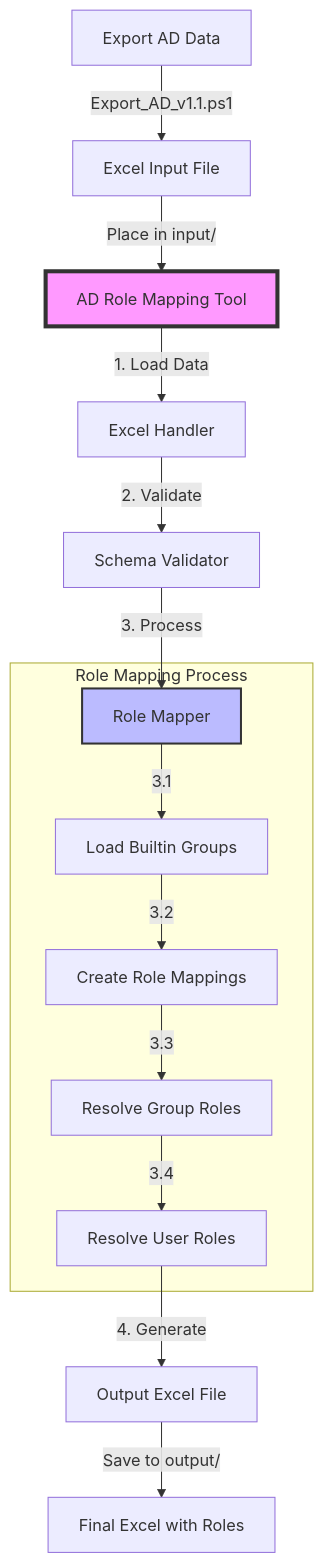
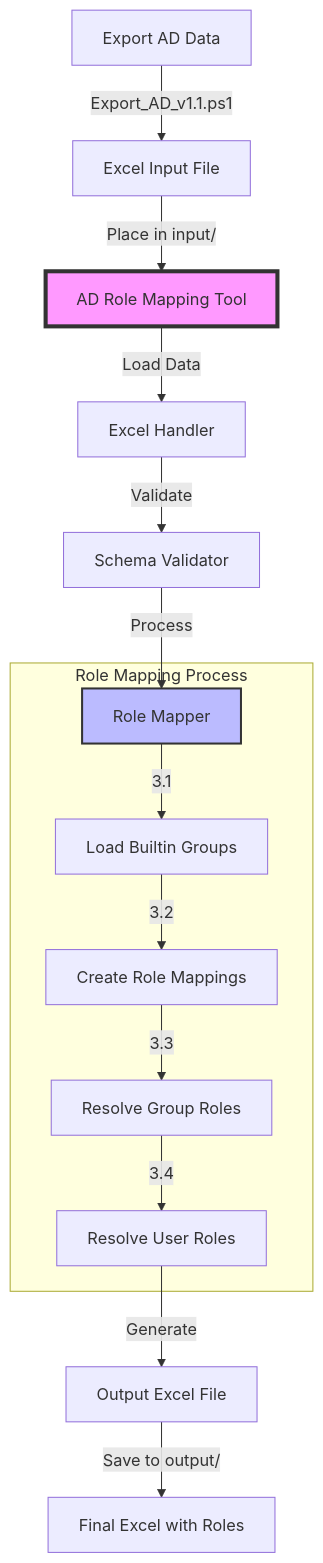
One commit to mike-linxsecurity/build_AD_roles changed the diagram in README.md. Above: the diagram before and after it, drawn with Mermaid. The commit also changed 1 other file, not shown here.

````diff
--- a/README.md
+++ b/README.md
@@ -15,21 +15,21 @@
 ```mermaid
 graph TD
     A[Export AD Data] -->|Export_AD_v1.1.ps1| B[Excel Input File]
     B -->|Place in input/| C[AD Role Mapping Tool]
-    C -->|1. Load Data| D[Excel Handler]
-    D -->|2. Validate| E[Schema Validator]
-    E -->|3. Process| F[Role Mapper]
+    C -->|Load Data| D[Excel Handler]
+    D -->|Validate| E[Schema Validator]
+    E -->|Process| F[Role Mapper]
 
     subgraph "Role Mapping Process"
         F -->|3.1| G[Load Builtin Groups]
         G -->|3.2| H[Create Role Mappings]
         H -->|3.3| I[Resolve Group Roles]
         I -->|3.4| J[Resolve User Roles]
     end
 
-    J -->|4. Generate| K[Output Excel File]
+    J -->|Generate| K[Output Excel File]
     K -->|Save to output/| L[Final Excel with Roles]
 
     style C fill:#f9f,stroke:#333,stroke-width:4px
     style F fill:#bbf,stroke:#333,stroke-width:2px
 ```
````
